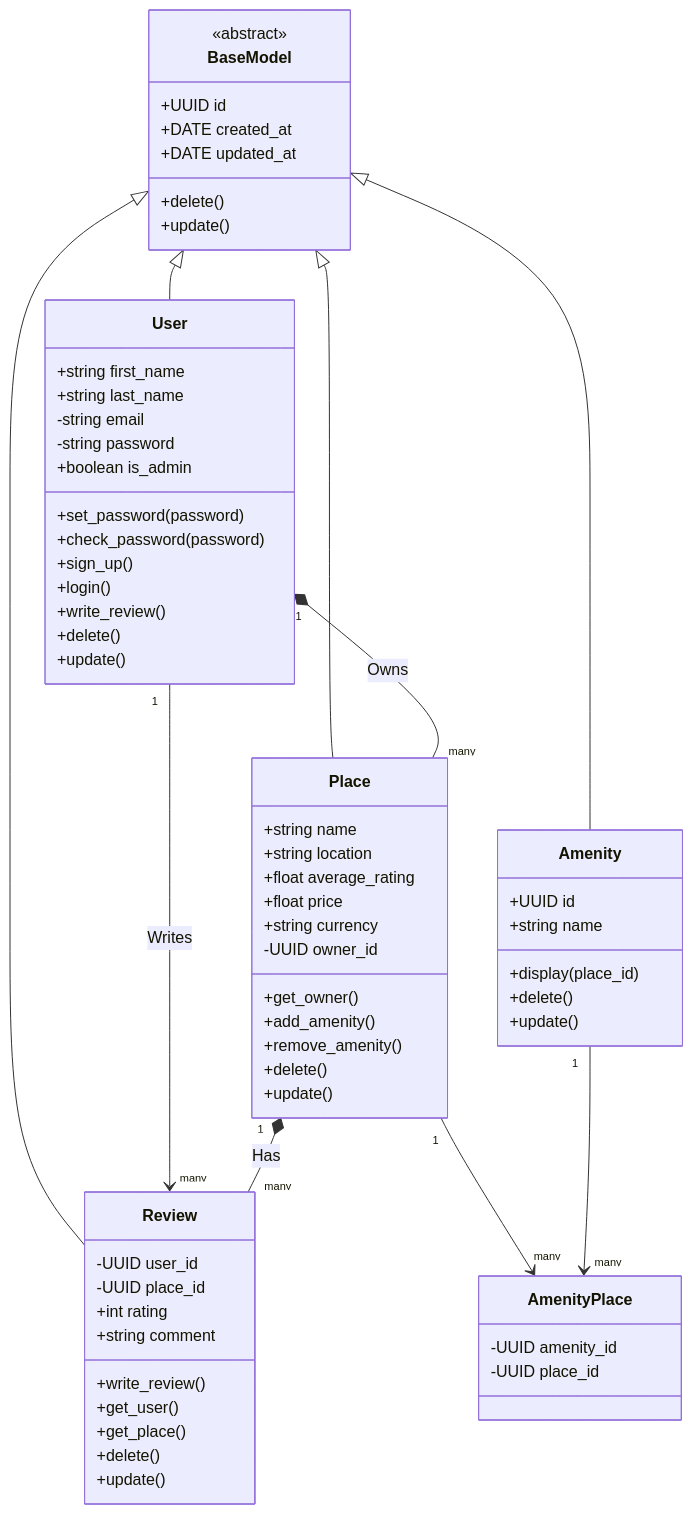
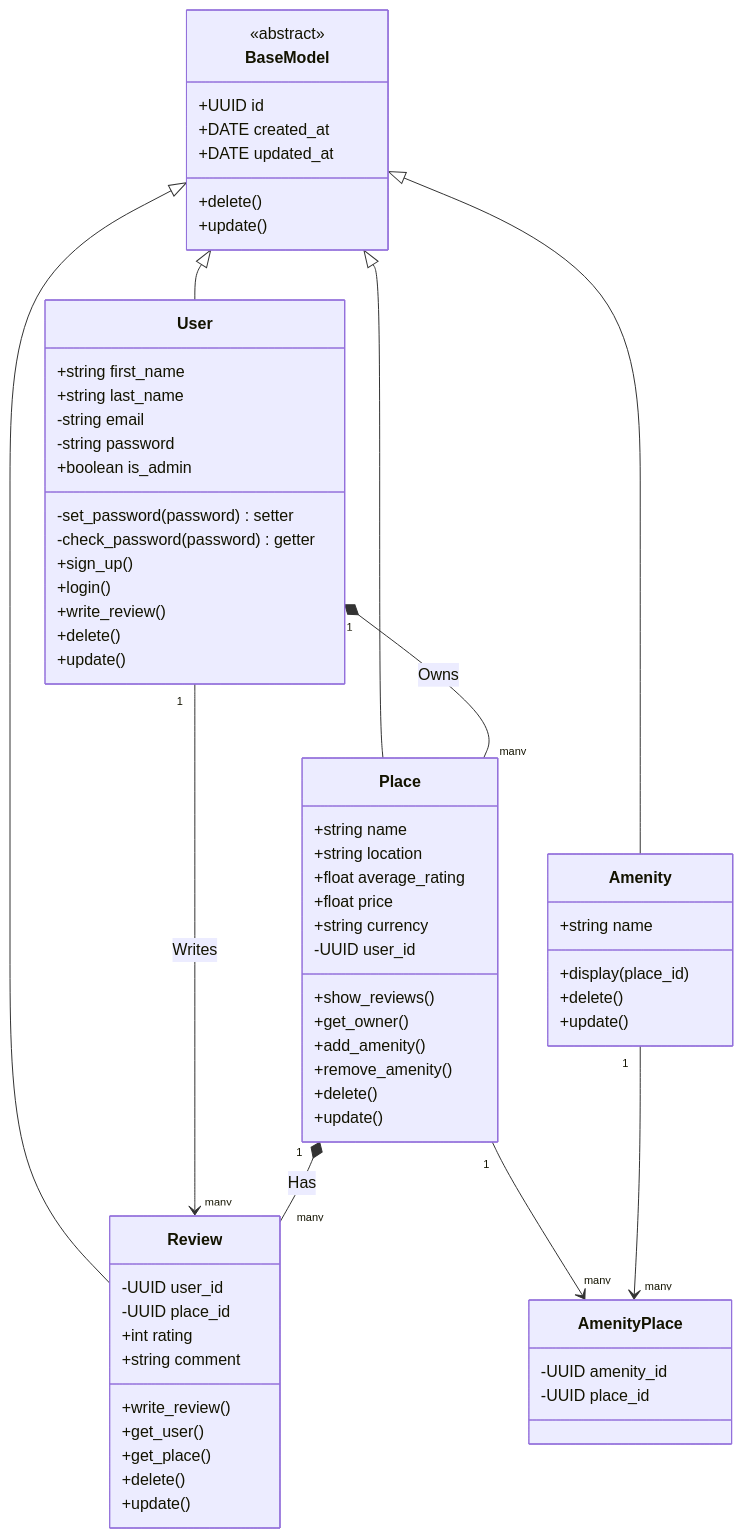
Before and after one commit to Noons-ledev/holbertonschool-hbnb: the diagram in hbnb-UML/Business_logic_layer.md, drawn with Mermaid.

Commit message:
Fixing show_reviews method

````diff
--- a/hbnb-UML/Business_logic_layer.md
+++ b/hbnb-UML/Business_logic_layer.md
@@ -2,76 +2,76 @@
- ```mermaid
+```mermaid
 classDiagram
   class BaseModel {
     <<abstract>>
     +UUID id
     +DATE created_at
     +DATE updated_at
     +delete()
     +update()
   }
 
   class User {
     +string first_name
     +string last_name
     -string email
     -string password
     +boolean is_admin
-    +set_password(password)
-    +check_password(password)
+    -set_password(password)setter
+    -check_password(password)getter
     +sign_up()
     +login()
     +write_review()
     +delete()
     +update()
   }
 
   class Place {
     +string name
     +string location
     +float average_rating
     +float price
     +string currency
-    -UUID owner_id
+    -UUID user_id
+    +show_reviews()
     +get_owner()
     +add_amenity()
     +remove_amenity()
     +delete()
     +update()
   }
 
   class Review {
     -UUID user_id
     -UUID place_id
     +int rating
     +string comment
     +write_review()
     +get_user()
     +get_place()
     +delete()
     +update()
   }
 
   class Amenity {
-    +UUID id
     +string name
     +display(place_id)
     +delete()
     +update()
   }
 
   class AmenityPlace {
     -UUID amenity_id
     -UUID place_id
   }
 
 BaseModel <|-- User
 BaseModel <|-- Place
 BaseModel <|-- Amenity
 BaseModel <|-- Review
 
 Place "1" --> "many" AmenityPlace
 Amenity "1" --> "many" AmenityPlace
 User "1" --> "many" Review : Writes
 User "1" *-- "many" Place : Owns
 Place "1" *-- "many" Review : Has
 ```
````
